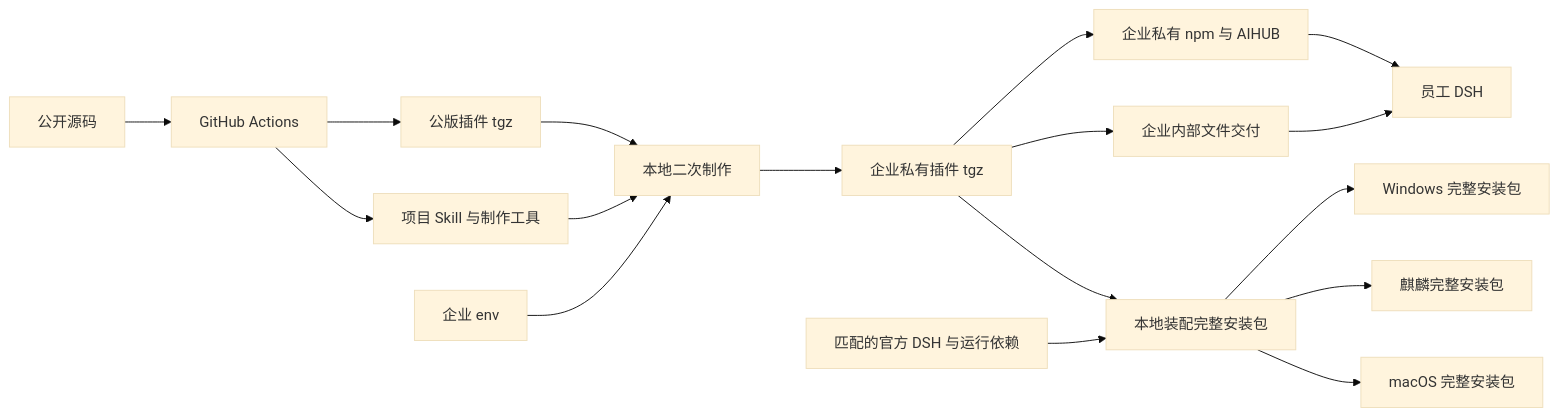
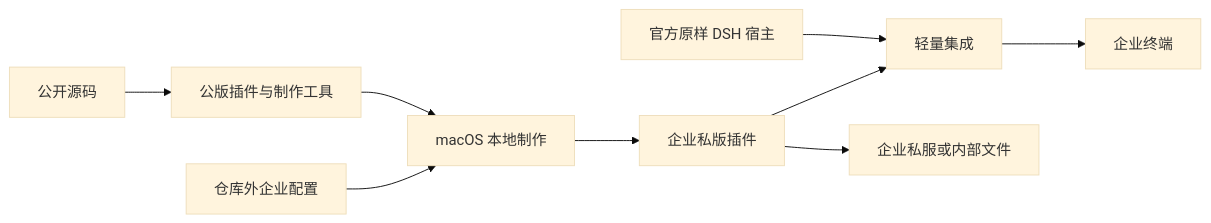
One commit to hrygo/heluo-forge changed the diagram in docs/architecture/public-enterprise-bundle.md. Above: the diagram before and after it, drawn with Mermaid (base theme). The commit also changed other lines of this file and 13 other files, not shown here.

````diff
--- a/docs/architecture/public-enterprise-bundle.md
+++ b/docs/architecture/public-enterprise-bundle.md
@@ -45,19 +40,11 @@
 ```mermaid
 flowchart LR
-  A[公开源码] --> B[GitHub Actions]
-  B --> C[公版插件 tgz]
-  B --> D[项目 Skill 与制作工具]
-  C --> E[本地二次制作]
-  D --> E
-  F[企业 env] --> E
-  E --> G[企业私有插件 tgz]
-  G --> H[企业私有 npm 与 AIHUB]
-  G --> I[企业内部文件交付]
-  H --> J[员工 DSH]
-  I --> J
-  K[匹配的官方 DSH 与运行依赖] --> L[本地装配完整安装包]
-  G --> L
-  L --> M[Windows 完整安装包]
-  L --> N[麒麟完整安装包]
-  L --> O[macOS 完整安装包]
+  A[公开源码] --> B[公版插件与制作工具]
+  B --> C[macOS 本地制作]
+  D[仓库外企业配置] --> C
+  C --> E[企业私版插件]
+  F[官方原样 DSH 宿主] --> G[轻量集成]
+  E --> G
+  G --> H[企业终端]
+  E --> I[企业私服或内部文件]
 ```
````
